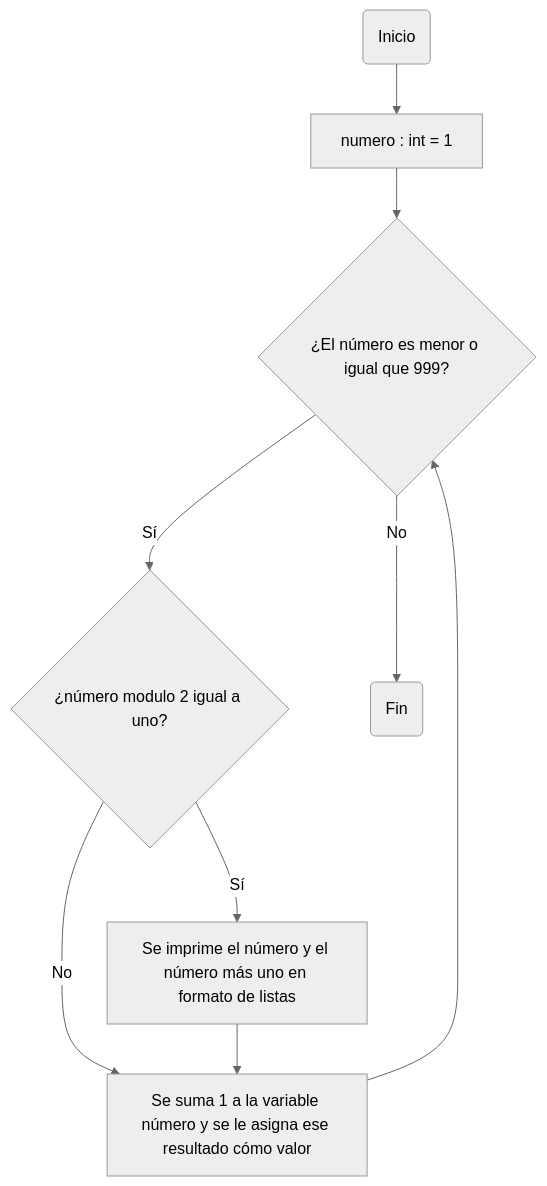
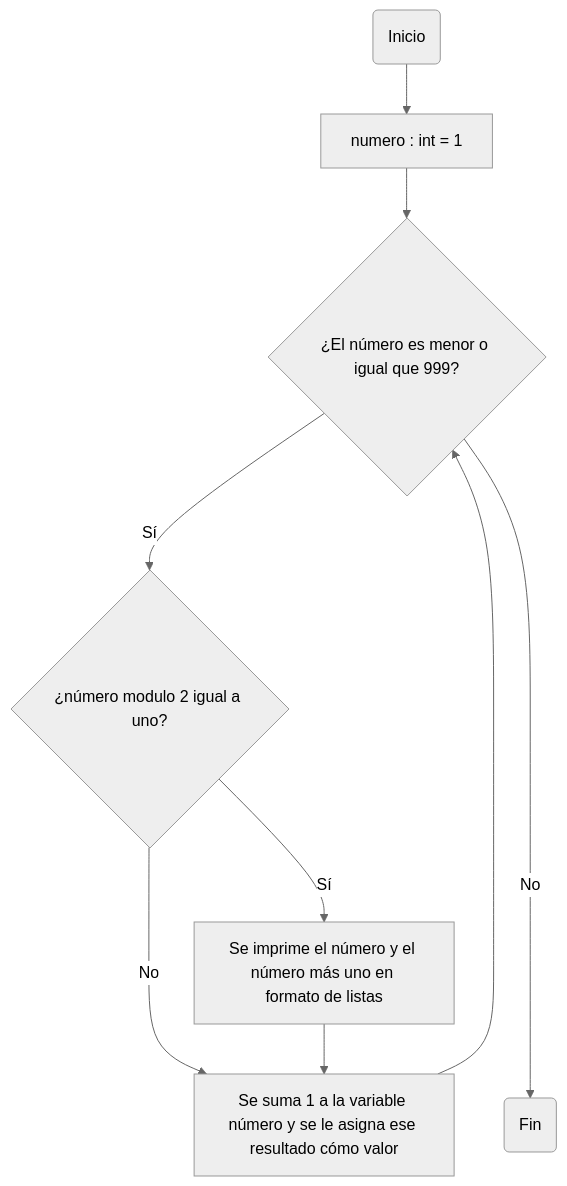
One commit to JuanJoToAl/Reto7 changed the second of 3 diagrams in README.md. Above: the diagram before and after it, drawn with Mermaid (neutral theme). The commit also changed other lines of this file, not shown here.

````diff
--- a/README.md
+++ b/README.md
@@ -49,12 +49,12 @@
 ```mermaid
 flowchart TD
     A(Inicio) --> B[numero : int = 1]
     B-->C;
     C{¿El número es menor o igual que 999?} -- Sí --> D{¿número modulo 2 igual a uno?};
     D -- Sí --> E[Se imprime el número y el número más uno en formato de listas]
     D-- No -->F[Se suma 1 a la variable número y se le asigna ese resultado cómo valor];
     F --> C;
     E --> F;
-    C -- No --> G;
+    C -- No ----> G;
     G(Fin)
 ```
````
